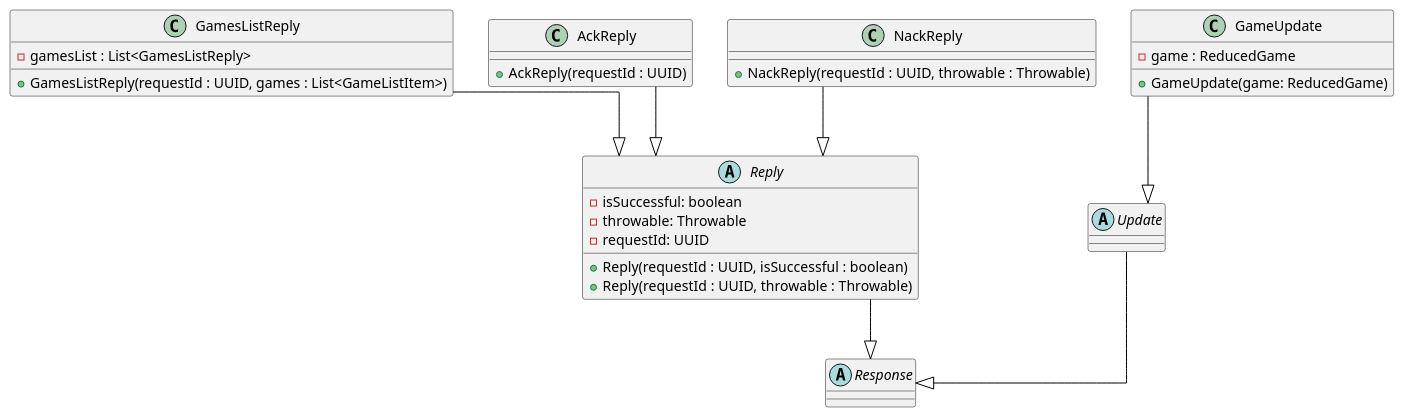
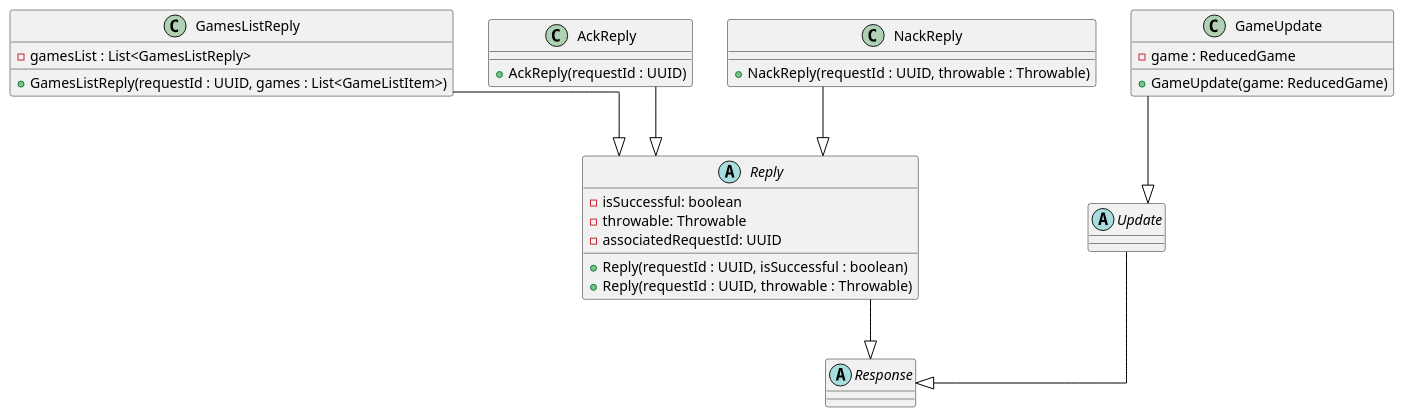
One commit to francesco-re-1107/eriantys changed the diagram in deliverables/network_responses.plantuml. Above: the diagram before and after it, drawn with PlantUML. The commit also changed 4 other files, not shown here.

```diff
--- a/deliverables/network_responses.plantuml
+++ b/deliverables/network_responses.plantuml
@@ -1,37 +1,37 @@
 @startuml
 top to bottom direction
 skinparam linetype ortho
 
 abstract class Response
 abstract class Reply {
     -isSuccessful: boolean
     -throwable: Throwable
-    -requestId: UUID
+    -associatedRequestId: UUID
 
     +Reply(requestId : UUID, isSuccessful : boolean)
     +Reply(requestId : UUID, throwable : Throwable)
 }
 abstract class Update
 class GameUpdate {
     -game : ReducedGame
     +GameUpdate(game: ReducedGame)
 }
 class GamesListReply {
     -gamesList : List<GamesListReply>
     +GamesListReply(requestId : UUID, games : List<GameListItem>)
 }
 class AckReply {
     +AckReply(requestId : UUID)
 }
 class NackReply {
     +NackReply(requestId : UUID, throwable : Throwable)
 }
 
 Reply     -[#000000,plain]-^  Response
 Update    -[#000000,plain]-^  Response
 GameUpdate    -[#000000,plain]-^  Update
 AckReply    -[#000000,plain]-^  Reply
 NackReply    -[#000000,plain]-^  Reply
 GamesListReply     -[#000000,plain]-^  Reply
 
 @enduml
```
